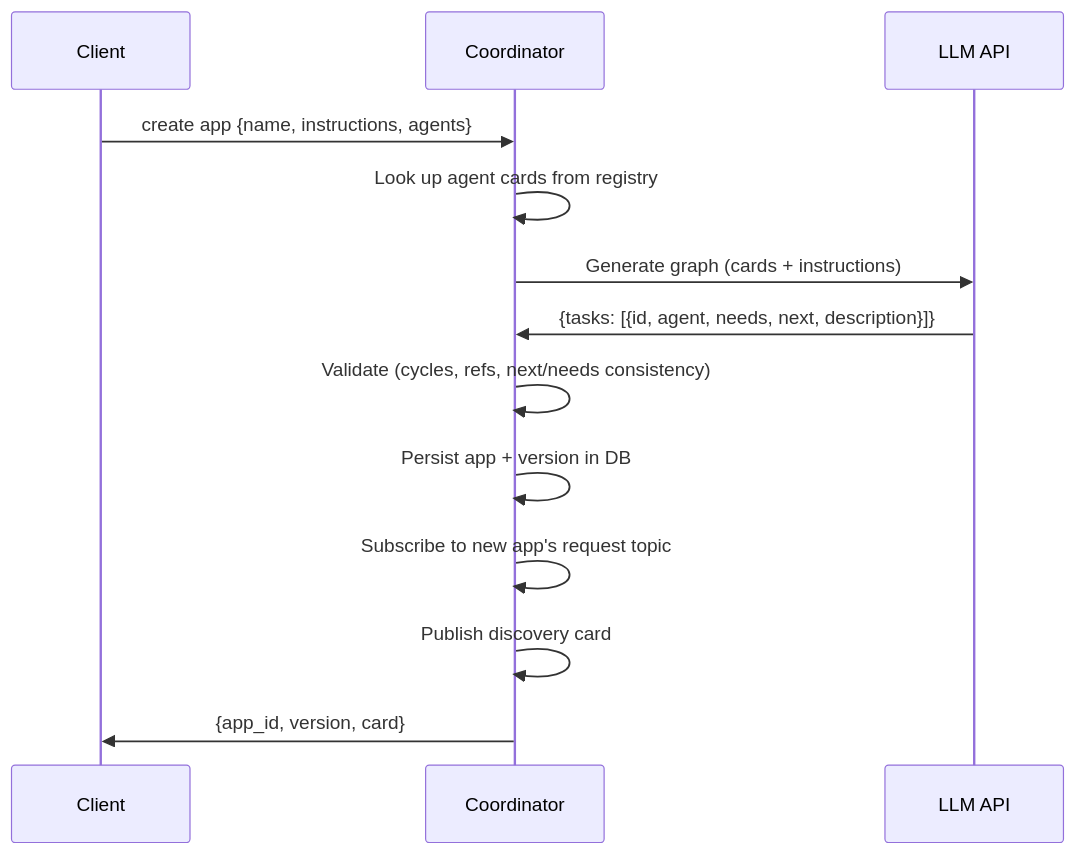
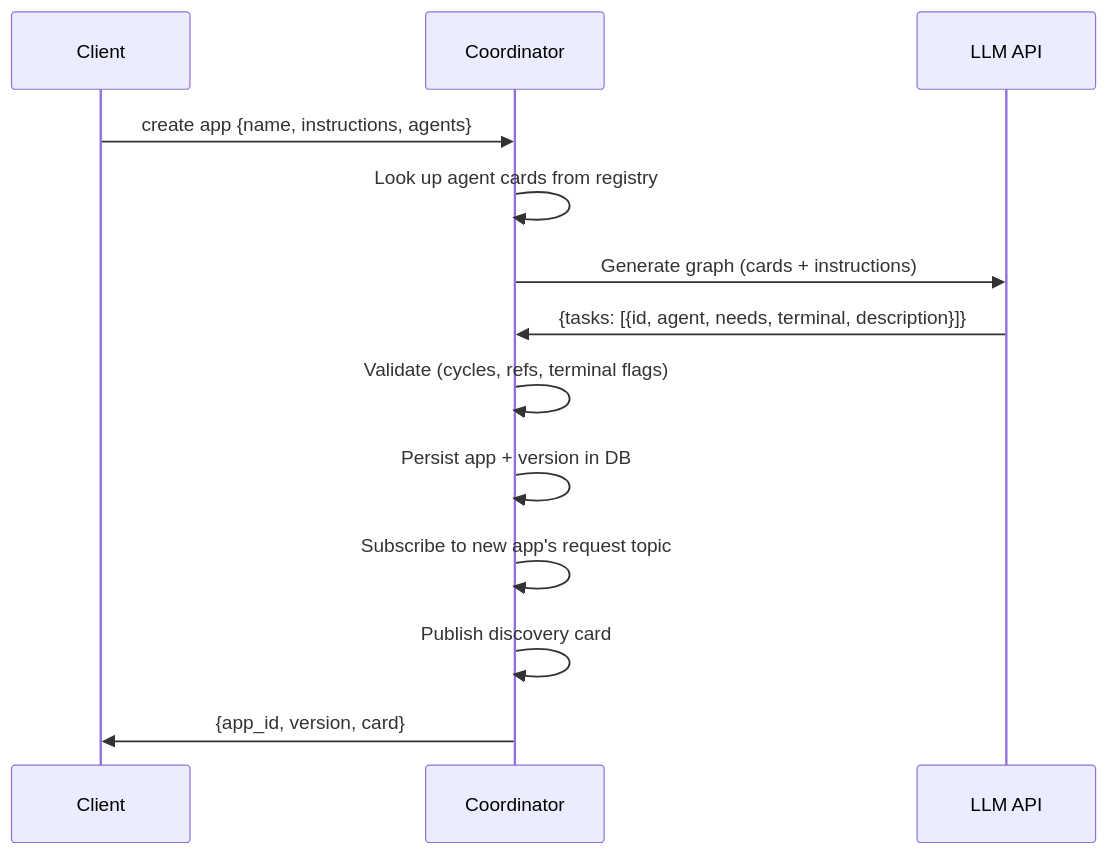
One commit to id/skitter changed the fourth of 4 diagrams in docs/architecture.md. Above: the diagram before and after it, drawn with Mermaid. The commit also changed other lines of this file and 8 other files, not shown here.

First line of the commit message:
refactor: simplify graph model

````diff
--- a/docs/architecture.md
+++ b/docs/architecture.md
@@ -120,16 +120,16 @@
 ```mermaid
 sequenceDiagram
     participant C as Client
     participant Co as Coordinator
     participant LLM as LLM API
 
     C->>Co: create app {name, instructions, agents}
     Co->>Co: Look up agent cards from registry
     Co->>LLM: Generate graph (cards + instructions)
-    LLM->>Co: {tasks: [{id, agent, needs, next, description}]}
-    Co->>Co: Validate (cycles, refs, next/needs consistency)
+    LLM->>Co: {tasks: [{id, agent, needs, terminal, description}]}
+    Co->>Co: Validate (cycles, refs, terminal flags)
     Co->>Co: Persist app + version in DB
     Co->>Co: Subscribe to new app's request topic
     Co->>Co: Publish discovery card
     Co->>C: {app_id, version, card}
 ```
````
